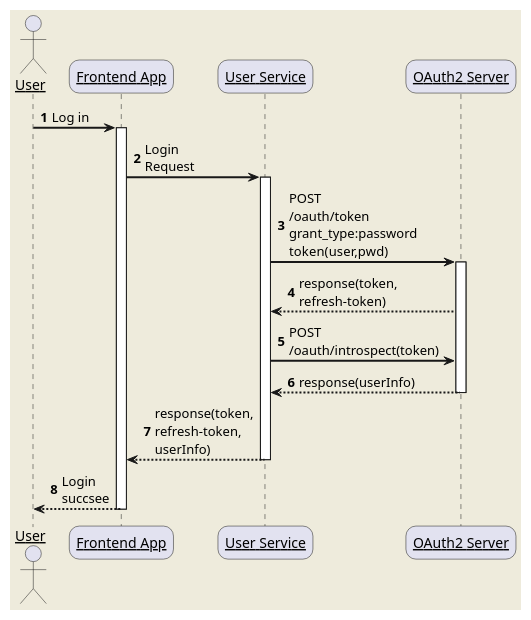
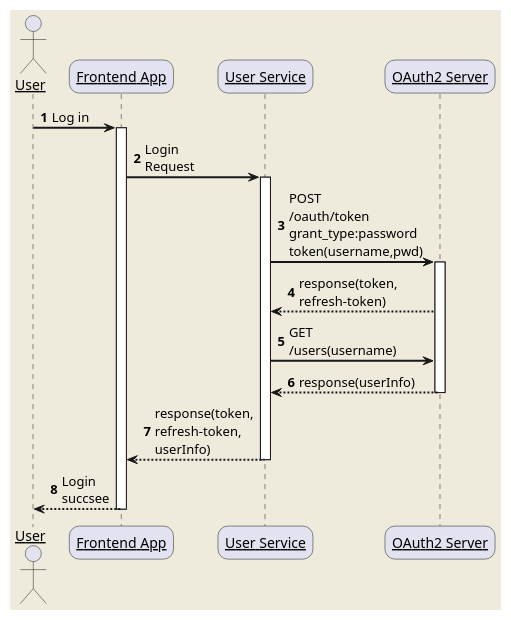
Before and after one commit to Hannibal0416/modern-renting-service: the diagram in doc/sequence/user-login.puml, drawn with PlantUML. The commit also changed 23 other files, not shown here.

```diff
--- a/doc/sequence/user-login.puml
+++ b/doc/sequence/user-login.puml
@@ -1,33 +1,33 @@
 @startuml
 skinparam backgroundColor #EEEBDC
 skinparam handwritten false
 skinparam sequenceArrowThickness 2
 skinparam roundcorner 20
 skinparam maxmessagesize 60
 skinparam sequenceParticipant underline
 
 actor User
 participant "Frontend App" as Frontend
 participant "User Service" as UserService
 participant "OAuth2 Server" as OAuth
 
 autonumber 1
 User -> Frontend: Log in
 activate Frontend
 
 Frontend -> UserService: Login Request
 activate UserService
 
-UserService -> OAuth: POST /oauth/token grant_type:password token(user,pwd)
+UserService -> OAuth: POST /oauth/token grant_type:password token(username,pwd)
 activate OAuth
 OAuth --> UserService: response(token, refresh-token)
-UserService -> OAuth: POST /oauth/introspect(token)
+UserService -> OAuth: GET /users(username)
 OAuth --> UserService: response(userInfo)
 deactivate OAuth
 
 UserService --> Frontend: response(token, refresh-token, userInfo)
 deactivate UserService
 
 Frontend --> User: Login succsee
 deactivate Frontend
 @enduml
```
